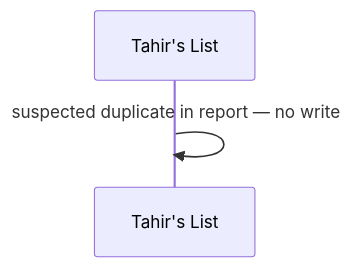
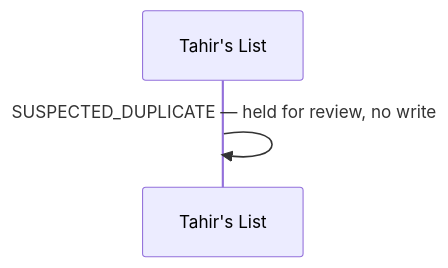
Before and after one commit to Losers-Lab/tahirs-list: the sixth of 10 diagrams in docs/features/SC-211/04-blackbox/UC-03-load-reviewed-batch.md, drawn with Mermaid. The commit also changed other lines of this file and 5 other files, not shown here.

````diff
--- a/docs/features/SC-211/04-blackbox/UC-03-load-reviewed-batch.md
+++ b/docs/features/SC-211/04-blackbox/UC-03-load-reviewed-batch.md
@@ -70,5 +70,5 @@
 ```mermaid
 sequenceDiagram
   participant TL as Tahir's List
-  TL->>TL: suspected duplicate in report — no write
+  TL->>TL: SUSPECTED_DUPLICATE — held for review, no write
 ```
````
